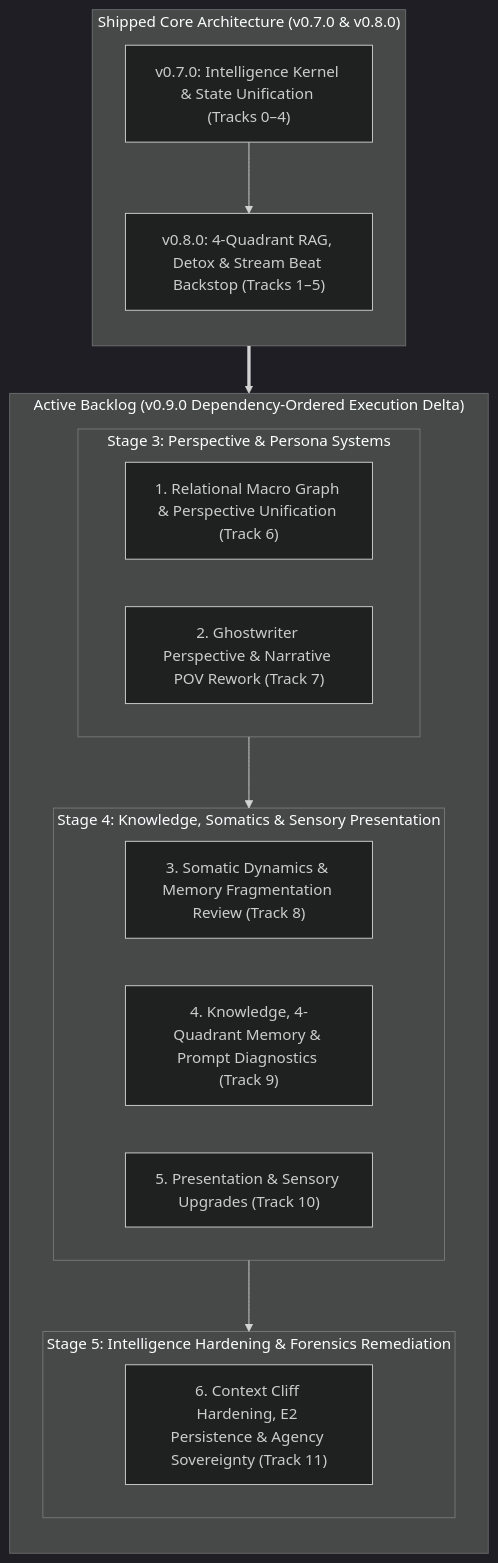
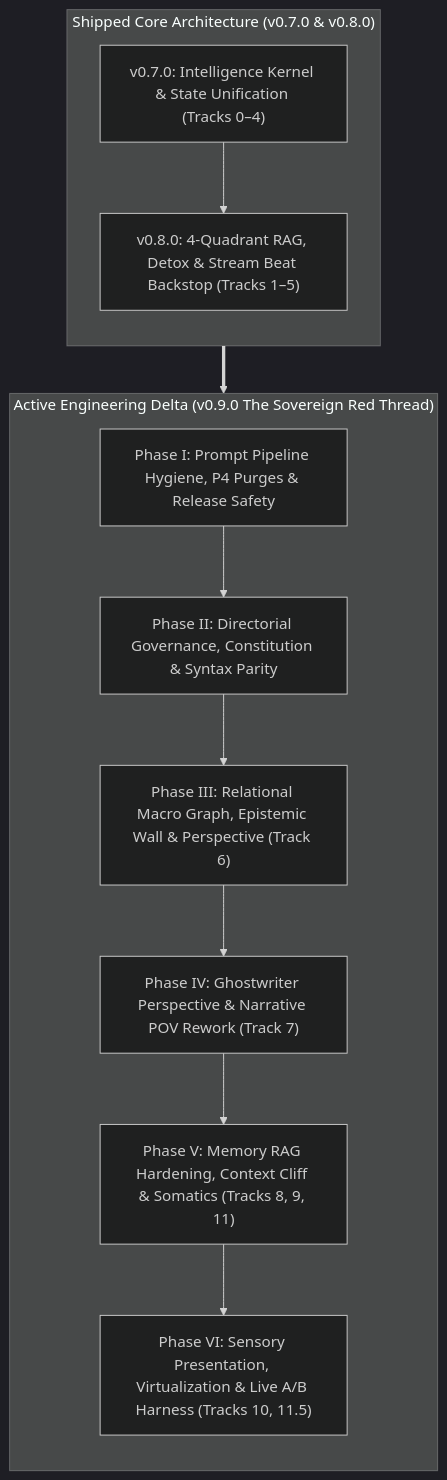
The diagram in ROADMAP.md (JooduG/RPGlitch), drawn with Mermaid (dark theme) before and after one commit. The commit also changed other lines of this file and 21 other files, not shown here.

Commit message:
track(implement): Phase I prompt pipeline hygiene, P4 purges & release safety

````diff
--- a/ROADMAP.md
+++ b/ROADMAP.md
@@ -22,31 +22,23 @@
 ```mermaid
 flowchart TD
-    subgraph Shipped ["Shipped Core Architecture (v0.7.0 & v0.8.0)"]
+    subgraph ShippedCore ["Shipped Core Architecture (v0.7.0 & v0.8.0)"]
         direction TB
         S1["v0.7.0: Intelligence Kernel & State Unification (Tracks 0–4)"]
         S2["v0.8.0: 4-Quadrant RAG, Detox & Stream Beat Backstop (Tracks 1–5)"]
         S1 --> S2
     end
 
-    subgraph ActiveBacklog ["Active Backlog (v0.9.0 Dependency-Ordered Execution Delta)"]
+    subgraph ActiveBacklog ["Active Engineering Delta (v0.9.0 The Sovereign Red Thread)"]
         direction TB
-        subgraph Stage3 ["Stage 3: Perspective & Persona Systems"]
-            TR6["1. Relational Macro Graph & Perspective Unification (Track 6)"]
-            TR7["2. Ghostwriter Perspective & Narrative POV Rework (Track 7)"]
-        end
-
-        subgraph Stage4 ["Stage 4: Knowledge, Somatics & Sensory Presentation"]
-            TR8["3. Somatic Dynamics & Memory Fragmentation Review (Track 8)"]
-            TR9["4. Knowledge, 4-Quadrant Memory & Prompt Diagnostics (Track 9)"]
-            TR10["5. Presentation & Sensory Upgrades (Track 10)"]
-        end
-
-        subgraph Stage5 ["Stage 5: Intelligence Hardening & Forensics Remediation"]
-            TR11["6. Context Cliff Hardening, E2 Persistence & Agency Sovereignty (Track 11)"]
-        end
-
-        Stage3 --> Stage4 --> Stage5
+        T1["Phase I: Prompt Pipeline Hygiene, P4 Purges & Release Safety"]
+        T2["Phase II: Directorial Governance, Constitution & Syntax Parity"]
+        T3["Phase III: Relational Macro Graph, Epistemic Wall & Perspective (Track 6)"]
+        T4["Phase IV: Ghostwriter Perspective & Narrative POV Rework (Track 7)"]
+        T5["Phase V: Memory RAG Hardening, Context Cliff & Somatics (Tracks 8, 9, 11)"]
+        T6["Phase VI: Sensory Presentation, Virtualization & Live A/B Harness (Tracks 10, 11.5)"]
+        
+        T1 --> T2 --> T3 --> T4 --> T5 --> T6
     end
 
-    Shipped ==> ActiveBacklog
+    ShippedCore ==> ActiveBacklog
 ```
````
